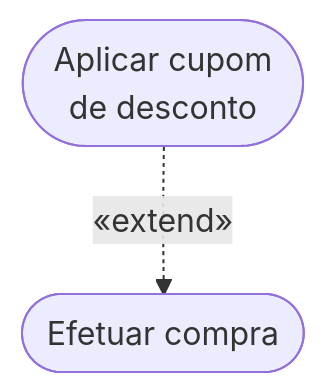
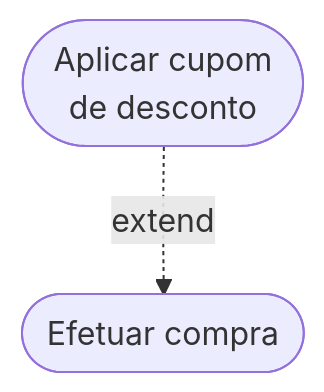
The eighth of 11 diagrams in 07. Engenharia de Requisitos/08. Modelagem de requisitos com casos de uso e especificações textuais.md (leorruas/puc), drawn with Mermaid before and after one commit. The commit also changed other lines of this file, not shown here.

Commit message:
fix(mermaid): corrige sintaxe de setas e rotulos nos diagramas de casos de uso

````diff
--- a/07. Engenharia de Requisitos/08. Modelagem de requisitos com casos de uso e especificações textuais.md
+++ b/07. Engenharia de Requisitos/08. Modelagem de requisitos com casos de uso e especificações textuais.md
@@ -193,4 +193,4 @@
 ```mermaid
 flowchart TD
-    Cupom(["Aplicar cupom<br>de desconto"]) -.->|"«extend»"| Compra(["Efetuar compra"])
+    Cupom(["Aplicar cupom<br>de desconto"]) -.->|extend| Compra(["Efetuar compra"])
 ```
````
